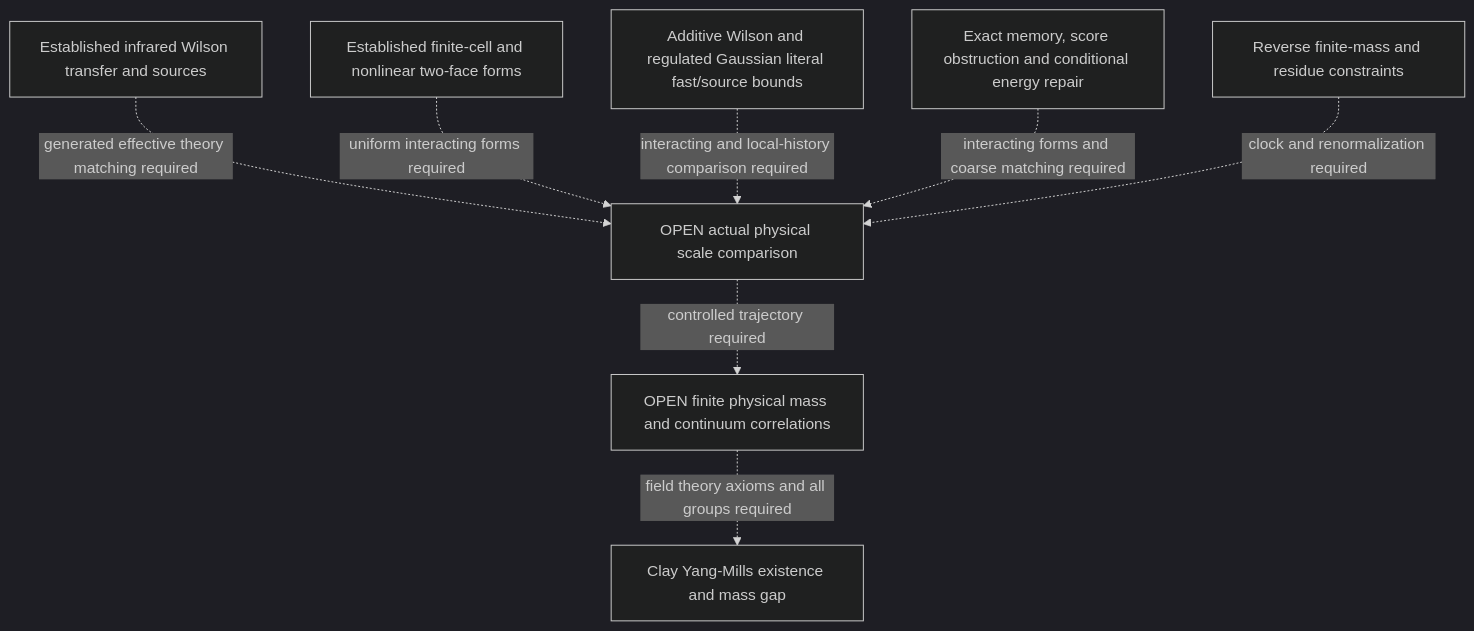
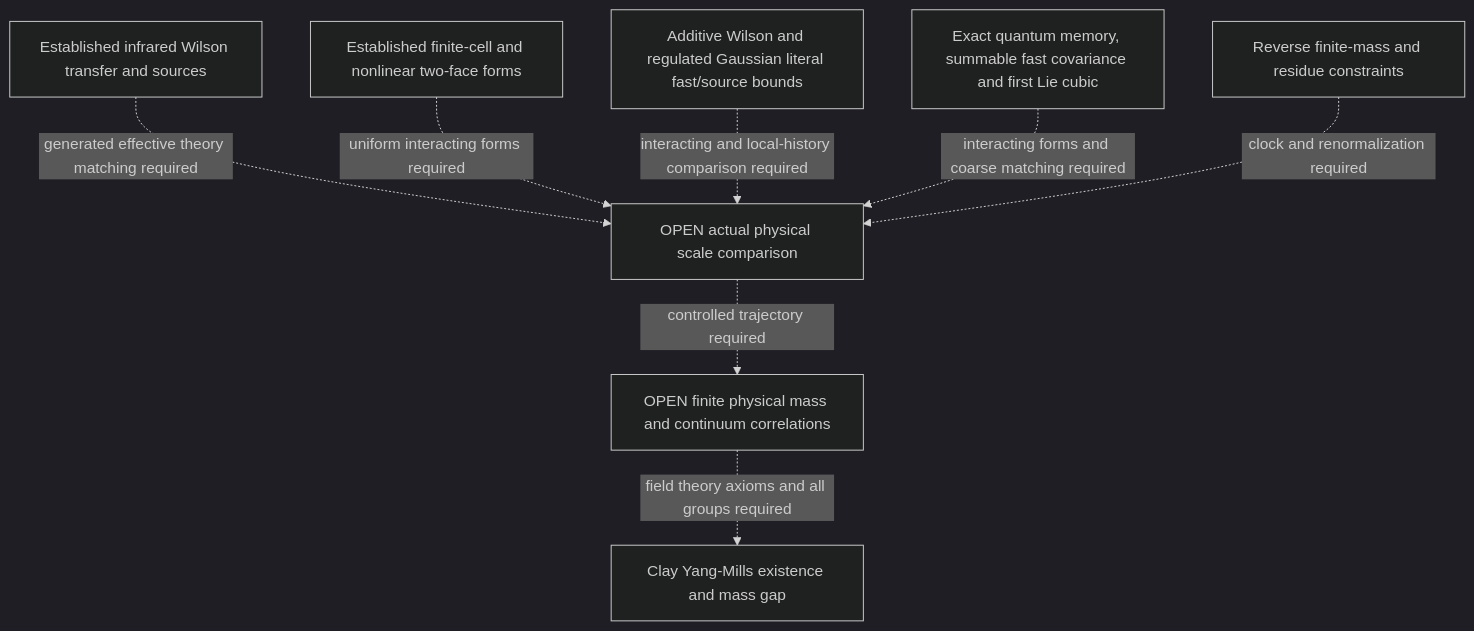
The diagram in docs/research_goal.md (ats314/WORKHOUSE), drawn with Mermaid (dark theme) before and after one commit. The commit also changed other lines of this file and 46 other files, not shown here.

Commit message:
Retain the quantum baseline and first nonlinear Wilson source correction

````diff
--- a/docs/research_goal.md
+++ b/docs/research_goal.md
@@ -97,10 +97,10 @@
 ```mermaid
 flowchart TD
   IR[Established infrared Wilson transfer and sources] -. generated effective theory matching required .-> RG[OPEN actual physical scale comparison]
   UV[Established finite-cell and nonlinear two-face forms] -. uniform interacting forms required .-> RG
   LS[Additive Wilson and regulated Gaussian literal fast/source bounds] -. interacting and local-history comparison required .-> RG
-  FM[Exact memory, score obstruction and conditional energy repair] -. interacting forms and coarse matching required .-> RG
+  FM[Exact quantum memory, summable fast covariance and first Lie cubic] -. interacting forms and coarse matching required .-> RG
   R[Reverse finite-mass and residue constraints] -. clock and renormalization required .-> RG
   RG -. controlled trajectory required .-> C[OPEN finite physical mass and continuum correlations]
   C -. field theory axioms and all groups required .-> YM[Clay Yang-Mills existence and mass gap]
 ```
````
